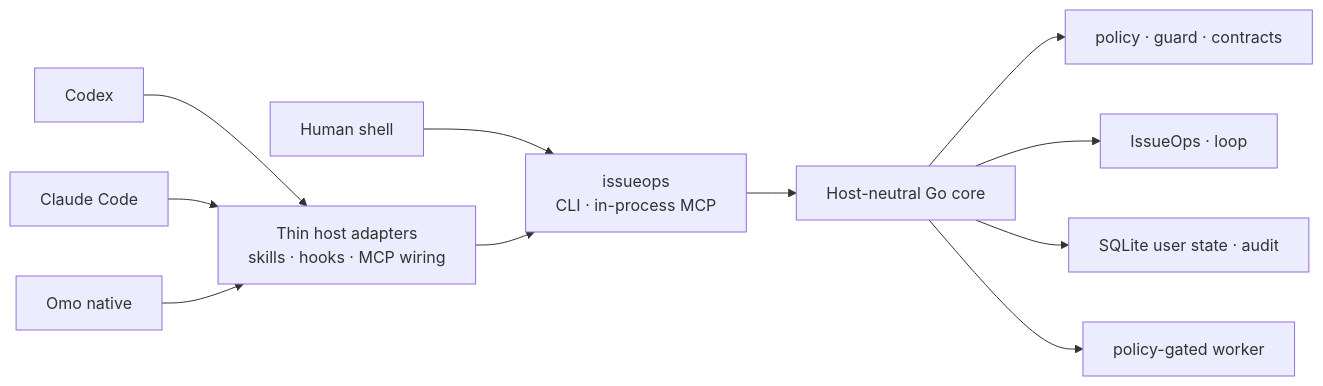
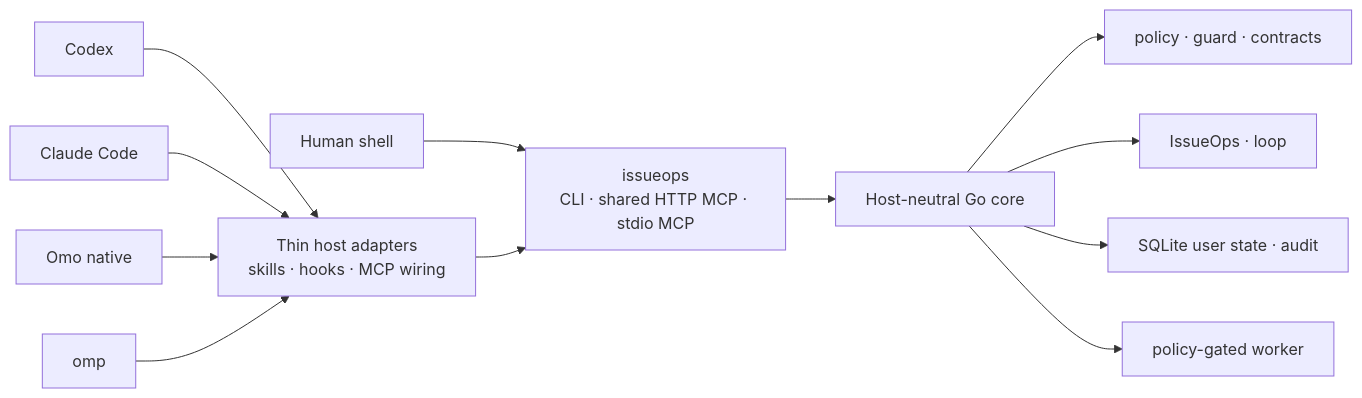
Before and after one commit to m16khb-org/issueops: the diagram in README.en.md, drawn with Mermaid. The commit also changed other lines of this file and 3 other files, not shown here.

````diff
--- a/README.en.md
+++ b/README.en.md
@@ -224,13 +466,14 @@
 ```mermaid
 flowchart LR
     Codex["Codex"] --> Host["Thin host adapters<br/>skills · hooks · MCP wiring"]
     Claude["Claude Code"] --> Host
     Omo["Omo native"] --> Host
-    Shell["Human shell"] --> Surface["issueops<br/>CLI · in-process MCP"]
+    Omp["omp"] --> Host
+    Shell["Human shell"] --> Surface["issueops<br/>CLI · shared HTTP MCP · stdio MCP"]
     Host --> Surface
     Surface --> Core["Host-neutral Go core"]
     Core --> Policy["policy · guard · contracts"]
     Core --> Flow["IssueOps · loop"]
     Core --> State["SQLite user state · audit"]
     Core --> Worker["policy-gated worker"]
 ```
````
